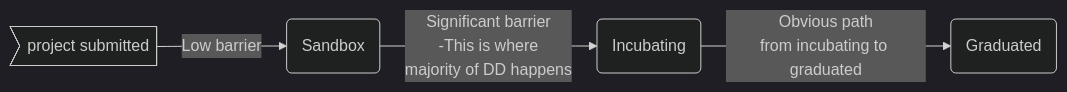
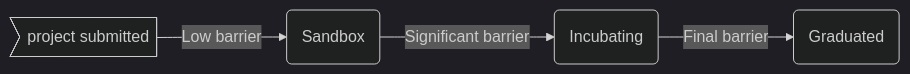
One commit to DoD-Platform-One/bbtoc changed the diagram in process/README.md. Above: the diagram before and after it, drawn with Mermaid (dark theme). The commit also changed other lines of this file and 10 other files, not shown here.

````diff
--- a/process/README.md
+++ b/process/README.md
@@ -20,7 +13,7 @@
 ```mermaid
 graph LR
     A>project submitted] -->|Low barrier| B
-    B(Sandbox) -->|Significant barrier<br>-This is where<br>majority of DD happens| C
-    C(Incubating) -->|Obvious path<br>from incubating to graduated| D
+    B(Sandbox) -->|Significant barrier| C
+    C(Incubating) -->|Final barrier| D
     D(Graduated)
 ```
````
